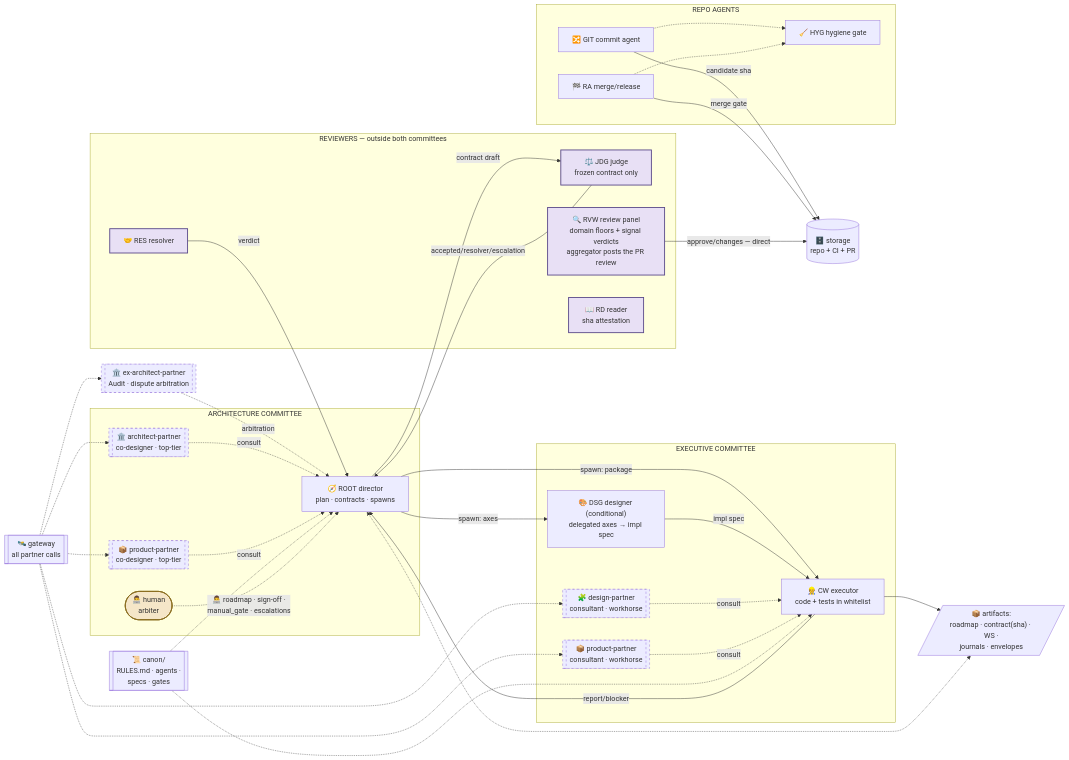
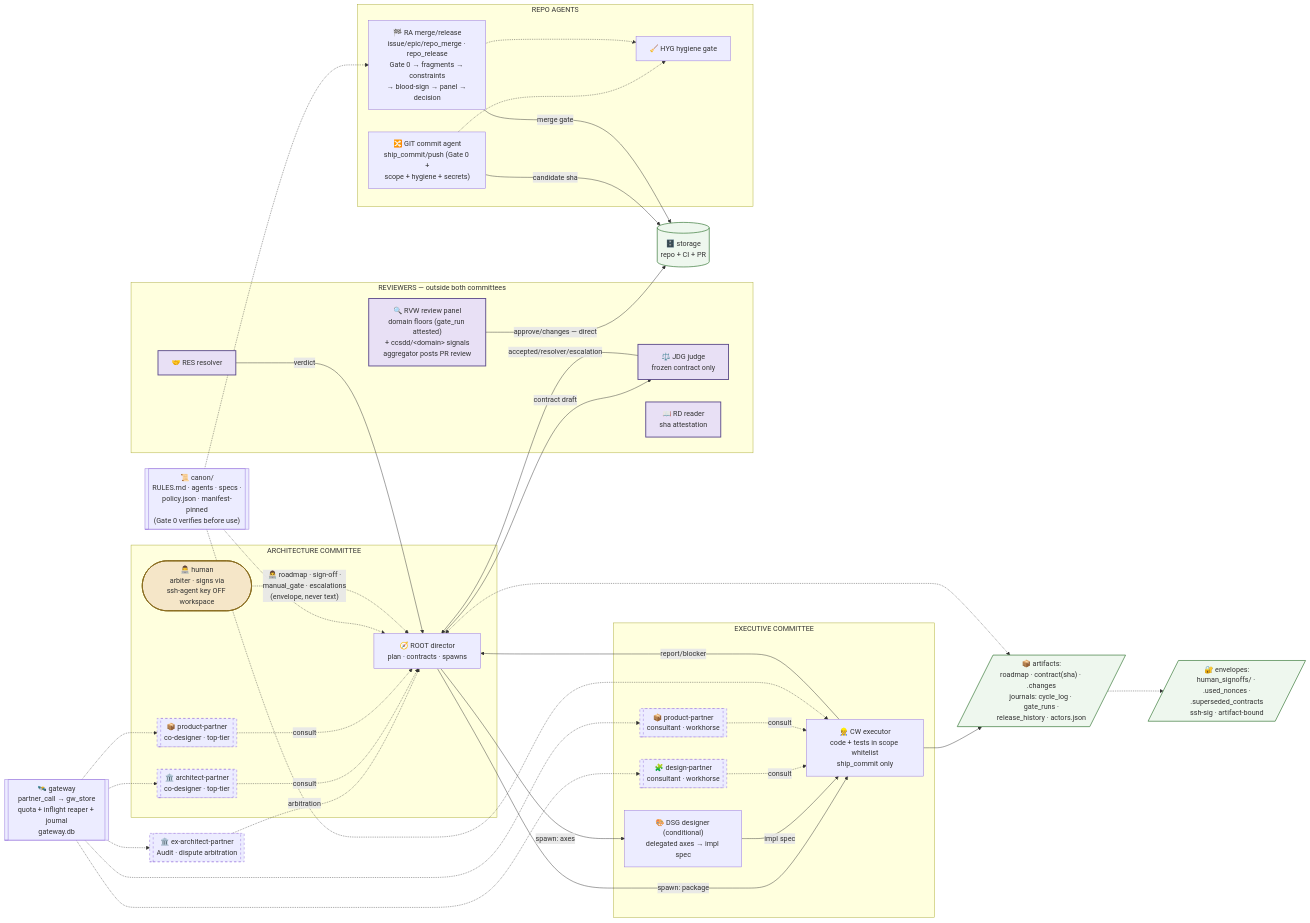
Before and after one commit to ychetka/CCSDD: the diagram in docs/en/diagrams/cycle_structure.mmd, drawn with Mermaid. The commit also changed 13 other files, not shown here.

First line of the commit message:
diagrams: detailed regeneration + code design map

```diff
--- a/docs/en/diagrams/cycle_structure.mmd
+++ b/docs/en/diagrams/cycle_structure.mmd
@@ -1,65 +1,70 @@
 flowchart LR
   subgraph COM1["ARCHITECTURE COMMITTEE"]
     ROOT["🧭 ROOT director<br/>plan · contracts · spawns"]
     AP[["🏛️ architect-partner<br/>co-designer · top-tier"]]
     PPA[["📦 product-partner<br/>co-designer · top-tier"]]
-    DEV(["👨‍💻 human<br/>arbiter"])
+    DEV(["👨‍💻 human<br/>arbiter · signs via<br/>ssh-agent key OFF workspace"])
   end
   subgraph COM2["EXECUTIVE COMMITTEE"]
-    CW["👷 CW executor<br/>code + tests in whitelist"]
+    CW["👷 CW executor<br/>code + tests in scope whitelist<br/>ship_commit only"]
     DSG["🎨 DSG designer (conditional)<br/>delegated axes → impl spec"]
     DP[["🧩 design-partner<br/>consultant · workhorse"]]
     PPE[["📦 product-partner<br/>consultant · workhorse"]]
   end
   subgraph REV["REVIEWERS — outside both committees"]
     JDG["⚖️ JDG judge<br/>frozen contract only"]
-    RVW["🔍 RVW review panel<br/>domain floors + signal verdicts<br/>aggregator posts the PR review"]
+    RVW["🔍 RVW review panel<br/>domain floors (gate_run attested)<br/>+ ccsdd/&lt;domain&gt; signals<br/>aggregator posts PR review"]
     RES["🤝 RES resolver"]
     RD["📖 RD reader<br/>sha attestation"]
   end
   subgraph REPOS["REPO AGENTS"]
-    GIT["🔀 GIT commit agent"]
-    RA["🏁 RA merge/release"]
+    GIT["🔀 GIT commit agent<br/>ship_commit/push (Gate 0 +<br/>scope + hygiene + secrets)"]
+    RA["🏁 RA merge/release<br/>issue/epic/repo_merge · repo_release<br/>Gate 0 → fragments → constraints<br/>→ blood-sign → panel → decision"]
     HYG["🧹 HYG hygiene gate"]
   end
 
-  ART[/"📦 artifacts:<br/>roadmap · contract(sha) · WS ·<br/>journals · envelopes"/]
+  ART[/"📦 artifacts:<br/>roadmap · contract(sha) · .changes<br/>journals: cycle_log · gate_runs ·<br/>release_history · actors.json"/]
+  ENV[/"🔐 envelopes:<br/>human_signoffs/ · .used_nonces ·<br/>.superseded_contracts<br/>ssh-sig · artifact-bound"/]
   REPO[("🗄️ storage<br/>repo + CI + PR")]
-  GW[["🛰️ gateway<br/>all partner calls"]]
+  GW[["🛰️ gateway<br/>partner_call → gw_store<br/>quota + inflight reaper + journal<br/>gateway.db"]]
   XA[["🏛️ ex-architect-partner<br/>Audit · dispute arbitration"]]
-  RULES[["📜 canon/<br/>RULES.md · agents ·<br/>specs · gates"]]
+  RULES[["📜 canon/<br/>RULES.md · agents · specs ·<br/>policy.json · manifest-pinned<br/>(Gate 0 verifies before use)"]]
 
   ROOT -->|spawn: package| CW
   ROOT -->|spawn: axes| DSG
   ROOT -->|contract draft| JDG
   DSG -->|impl spec| CW
   CW -->|report/blocker| ROOT
   CW --> ART
   JDG -->|accepted/resolver/escalation| ROOT
   RVW -->|approve/changes — direct| REPO
   RES -->|verdict| ROOT
   GIT -->|candidate sha| REPO
   RA -->|merge gate| REPO
   GIT -.-> HYG
   RA -.-> HYG
+  ART -.-> ENV
   ROOT <-.-> ART
   GW -.-> AP
   GW -.-> PPA
   GW -.-> DP
   GW -.-> PPE
   GW -.-> XA
   XA -.->|arbitration| ROOT
   AP -.->|consult| ROOT
   PPA -.->|consult| ROOT
   DP -.->|consult| CW
   PPE -.->|consult| CW
   RULES -.-> ROOT
   RULES -.-> CW
-  DEV -.->|👨‍💻 roadmap · sign-off ·<br/>manual_gate · escalations| ROOT
+  RULES -.-> RA
+  DEV -.->|"👨‍💻 roadmap · sign-off ·<br/>manual_gate · escalations<br/>(envelope, never text)"| ROOT
 
   classDef human fill:#f5e6c8,stroke:#8a6d1f,stroke-width:2px
   classDef rev fill:#e8e0f5,stroke:#5b4a8a,stroke-width:2px
   classDef partner stroke-dasharray:5 5
+  classDef store fill:#eef7ee,stroke:#3a7a3a,stroke-width:1.5px
   class DEV human
   class JDG,RVW,RES,RD rev
   class AP,PPA,DP,PPE,XA partner
+  class ART,ENV,REPO store
```
